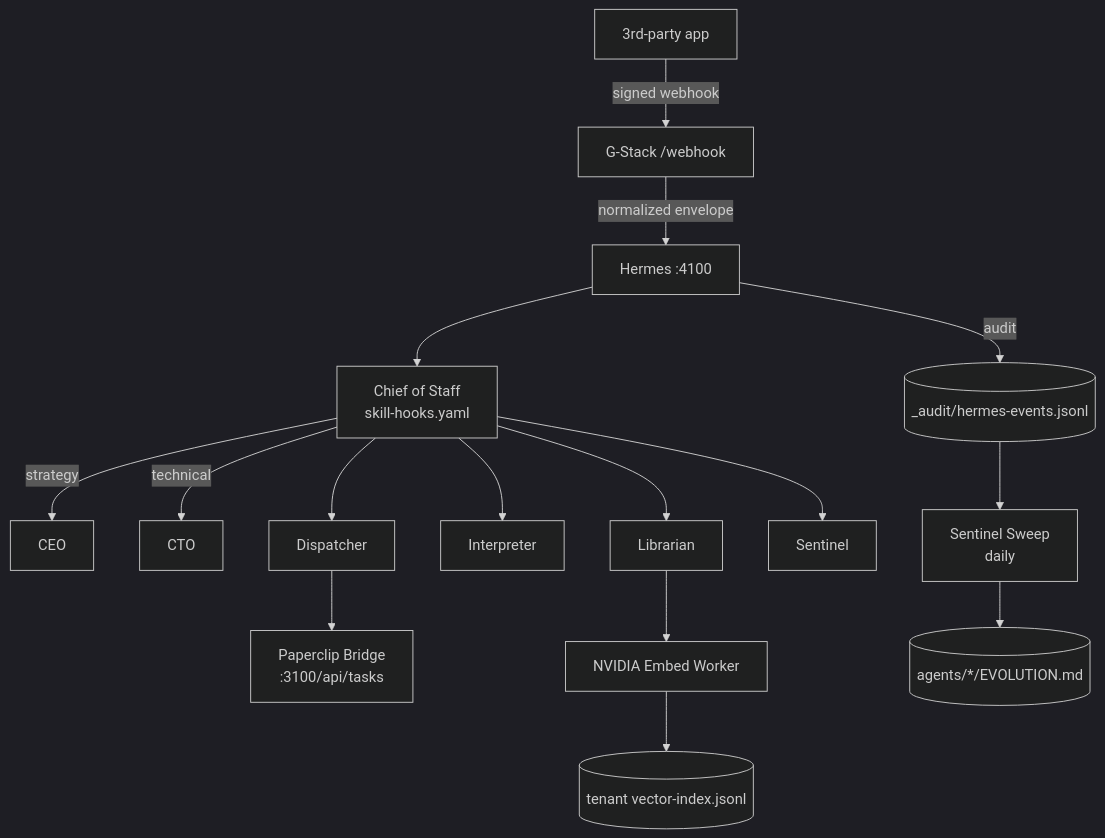
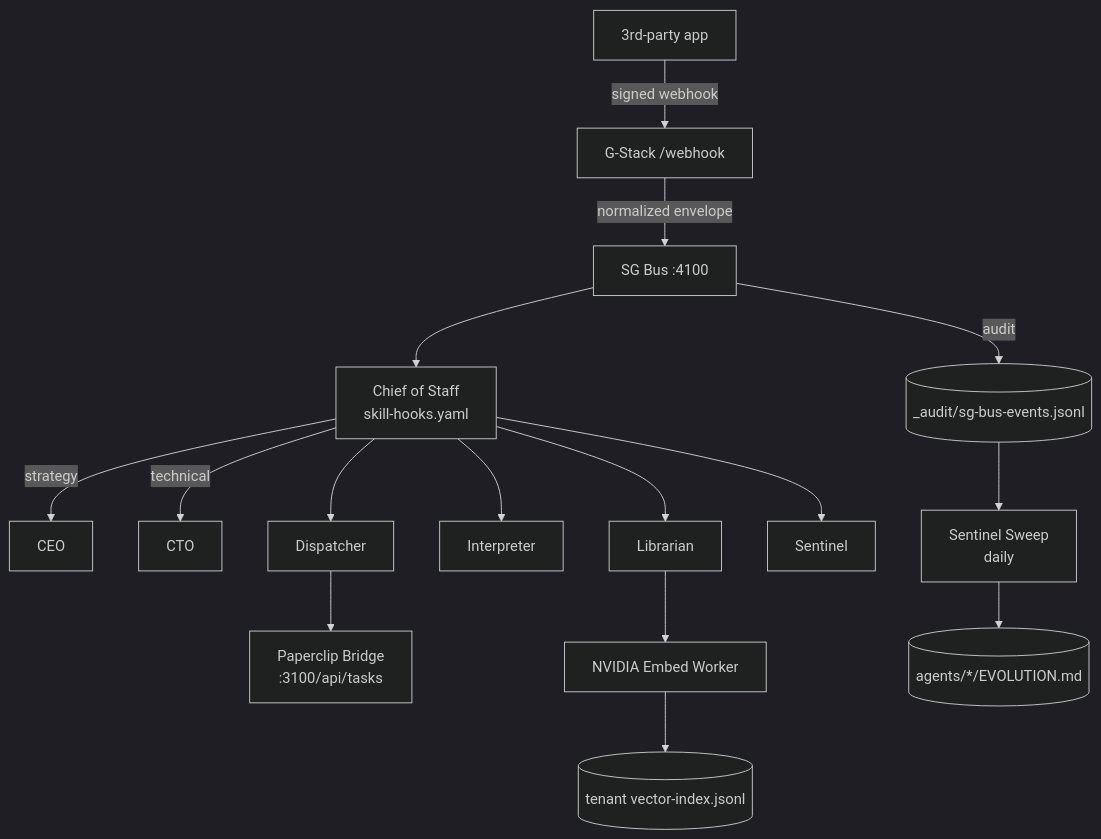
Before and after one commit to Sheshiyer/snow-gloves-os: the diagram in README.md, drawn with Mermaid (dark theme). The commit also changed other lines of this file and 135 other files, not shown here.

````diff
--- a/README.md
+++ b/README.md
@@ -124,18 +124,18 @@
 ```mermaid
 graph TD
   Ext[3rd-party app] -- signed webhook --> GS[G-Stack /webhook]
-  GS -- normalized envelope --> Her[Hermes :4100]
+  GS -- normalized envelope --> Her[SG Bus :4100]
   Her --> CoS[Chief of Staff<br/>skill-hooks.yaml]
   CoS -->|strategy| CEO
   CoS -->|technical| CTO
   CoS --> Lib[Librarian]
   CoS --> Int[Interpreter]
   CoS --> Dis[Dispatcher]
   CoS --> Sen[Sentinel]
   Dis --> PB[Paperclip Bridge<br/>:3100/api/tasks]
   Lib --> EW[NVIDIA Embed Worker]
   EW --> VI[(tenant vector-index.jsonl)]
-  Her -- audit --> Log[(_audit/hermes-events.jsonl)]
+  Her -- audit --> Log[(_audit/sg-bus-events.jsonl)]
   Log --> SS[Sentinel Sweep<br/>daily]
   SS --> Evo[(agents/*/EVOLUTION.md)]
 ```
````
